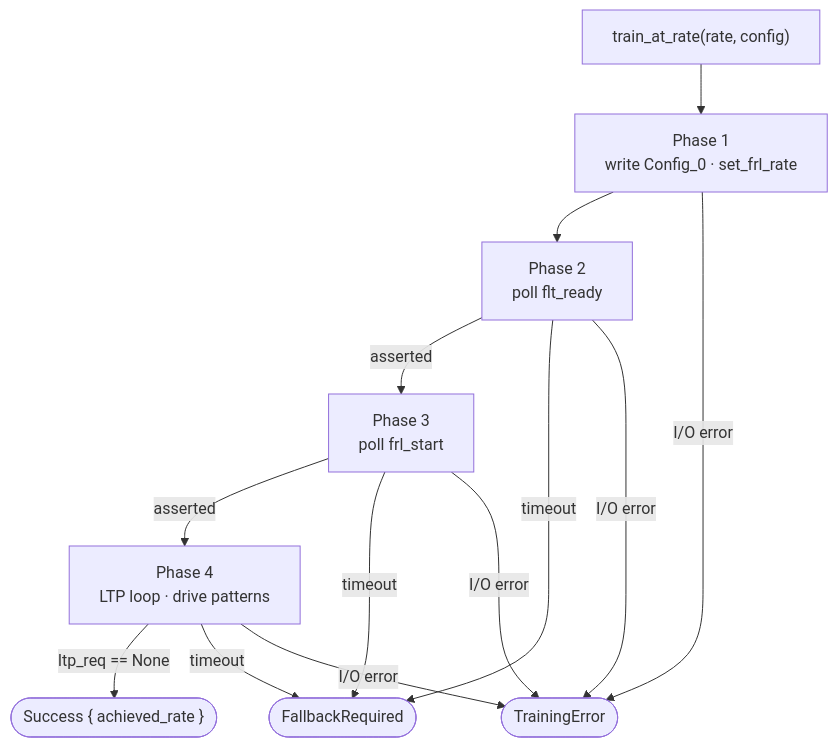
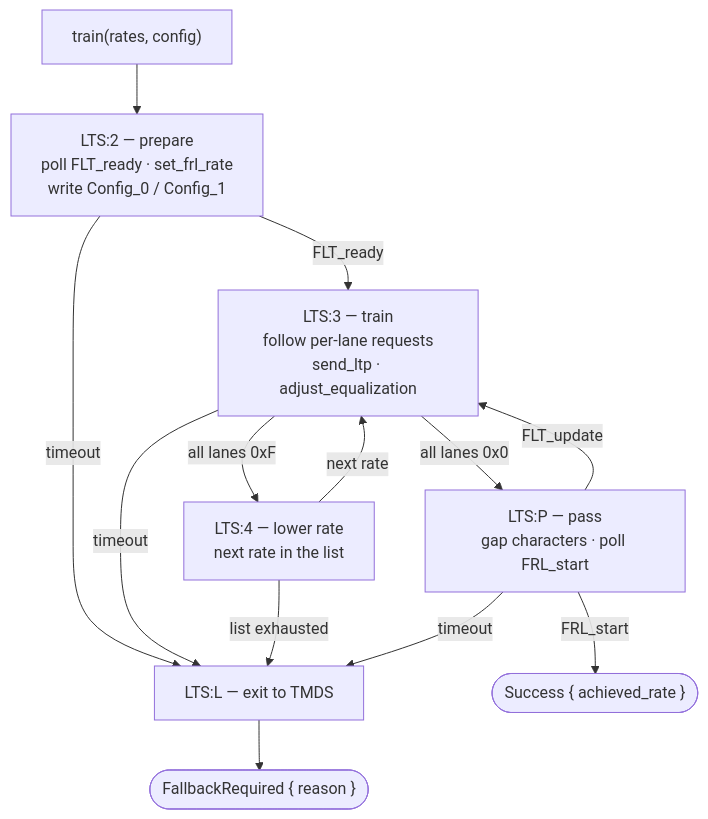
The first of 2 diagrams in README.md (DracoWhitefire/plumbob), drawn with Mermaid before and after one commit. The commit also changed other lines of this file and 4 other files, not shown here.

````diff
--- a/README.md
+++ b/README.md
@@ -92,20 +99,24 @@
 ```mermaid
 flowchart TD
-    A["train_at_rate(rate, config)"]
-    B["Phase 1\nwrite Config_0 · set_frl_rate"]
-    C["Phase 2\npoll flt_ready"]
-    D["Phase 3\npoll frl_start"]
-    E["Phase 4\nLTP loop · drive patterns"]
-    F(["Success { achieved_rate }"])
-    G(["FallbackRequired"])
-    H(["TrainingError"])
+    A["train(rates, config)"]
+    P2["LTS:2 — prepare\npoll FLT_ready · set_frl_rate\nwrite Config_0 / Config_1"]
+    P3["LTS:3 — train\nfollow per-lane requests\nsend_ltp · adjust_equalization"]
+    PP["LTS:P — pass\ngap characters · poll FRL_start"]
+    P4["LTS:4 — lower rate\nnext rate in the list"]
+    PL["LTS:L — exit to TMDS"]
+    S(["Success { achieved_rate }"])
+    F(["FallbackRequired { reason }"])
 
-    A --> B --> C
-    C -- asserted --> D
-    C -- timeout --> G
-    D -- asserted --> E
-    D -- timeout --> G
-    E -- "ltp_req == None" --> F
-    E -- timeout --> G
-    B & C & D & E -- I/O error --> H
+    A --> P2
+    P2 -- FLT_ready --> P3
+    P2 -- timeout --> PL
+    P3 -- "all lanes 0x0" --> PP
+    P3 -- "all lanes 0xF" --> P4
+    P3 -- timeout --> PL
+    P4 -- next rate --> P3
+    P4 -- "list exhausted" --> PL
+    PP -- FRL_start --> S
+    PP -- FLT_update --> P3
+    PP -- timeout --> PL
+    PL --> F
 ```
````
